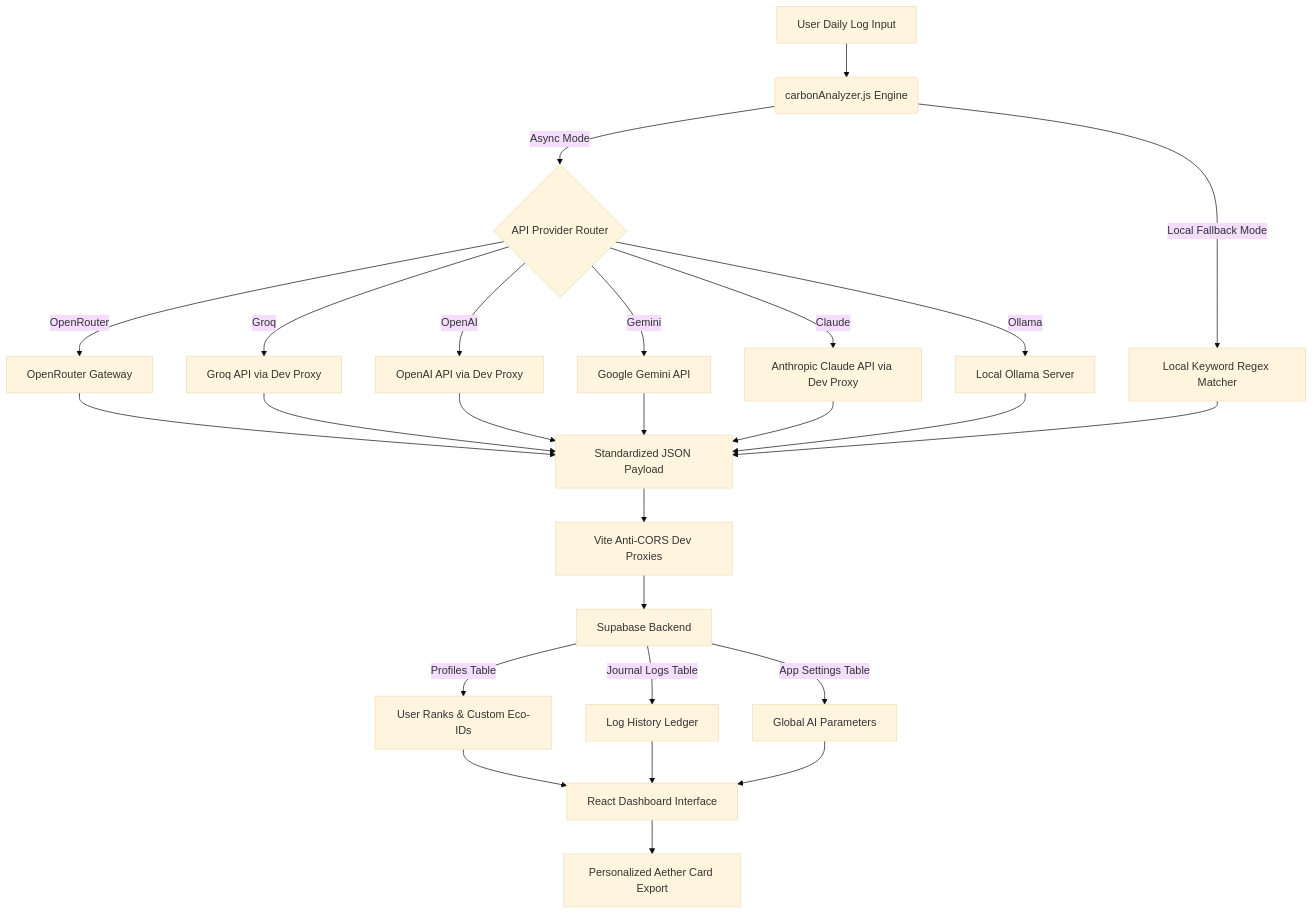
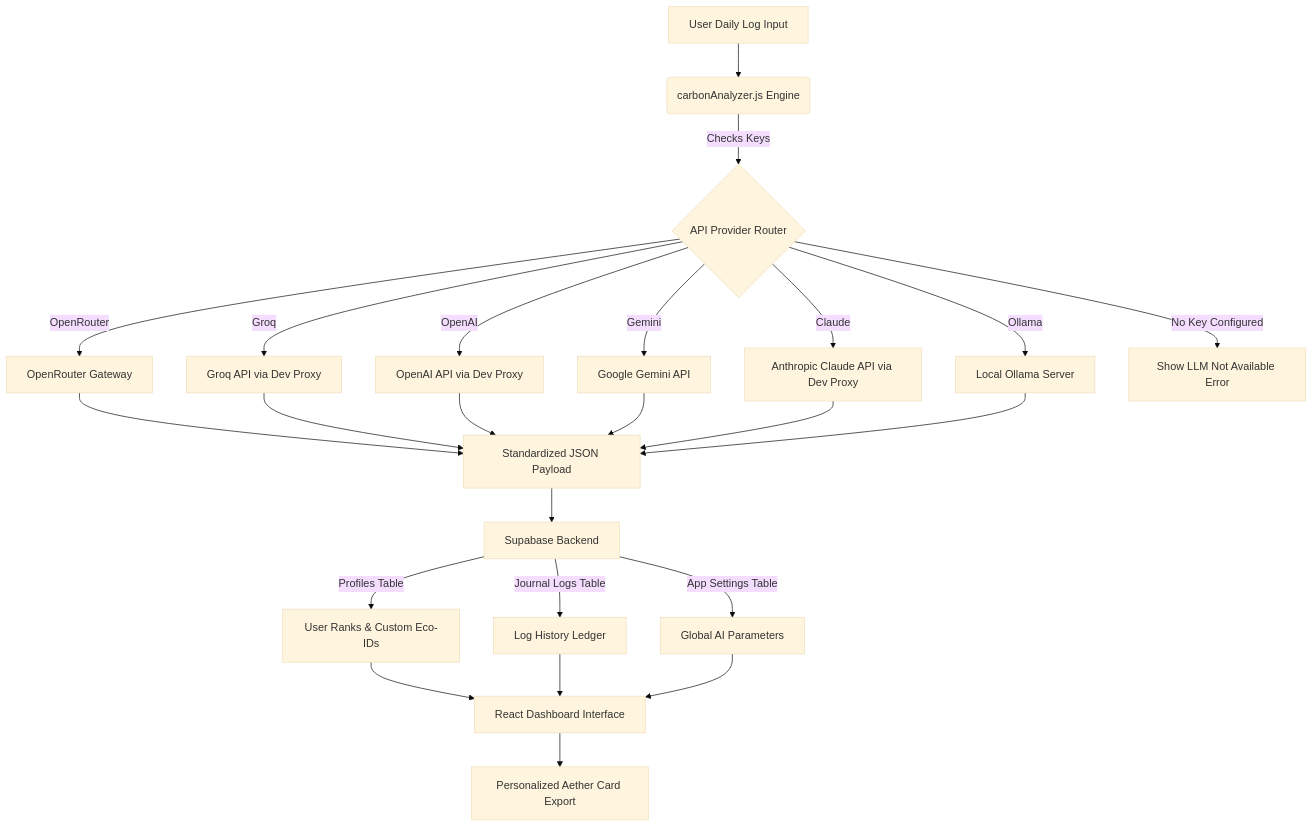
One commit to Vibhathcross/unified-carbon-data changed the diagram in README.md. Above: the diagram before and after it, drawn with Mermaid (base theme). The commit also changed other lines of this file, not shown here.

Commit message:
docs: update README.md dataflow architecture and remove sandbox fallback references

````diff
--- a/README.md
+++ b/README.md
@@ -36,23 +36,22 @@
 ```mermaid
 graph TD
     A[User Daily Log Input] --> B(carbonAnalyzer.js Engine)
-    B -->|Async Mode| C{API Provider Router}
-    B -->|Local Fallback Mode| D[Local Keyword Regex Matcher]
+    B -->|Checks Keys| C{API Provider Router}
     
     C -->|OpenRouter| E[OpenRouter Gateway]
     C -->|Groq| F[Groq API via Dev Proxy]
     C -->|OpenAI| G[OpenAI API via Dev Proxy]
     C -->|Gemini| H[Google Gemini API]
     C -->|Claude| I[Anthropic Claude API via Dev Proxy]
     C -->|Ollama| J[Local Ollama Server]
+    C -->|No Key Configured| K[Show LLM Not Available Error]
 
-    E & F & G & H & I & J & D --> K[Standardized JSON Payload]
-    K --> L[Vite Anti-CORS Dev Proxies]
+    E & F & G & H & I & J --> L[Standardized JSON Payload]
     L --> M[Supabase Backend]
     M -->|Profiles Table| N[User Ranks & Custom Eco-IDs]
     M -->|Journal Logs Table| O[Log History Ledger]
     M -->|App Settings Table| P[Global AI Parameters]
     
     N & O & P --> Q[React Dashboard Interface]
     Q --> R[Personalized Aether Card Export]
 ```
````
